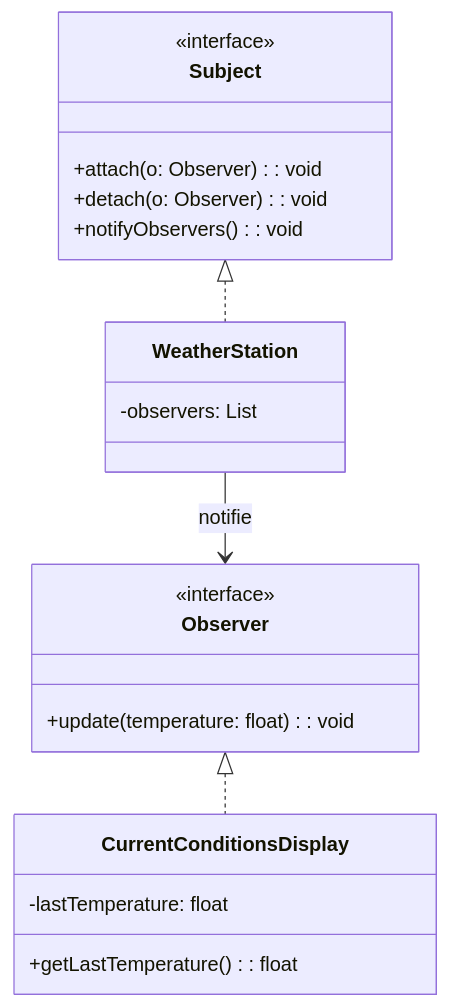
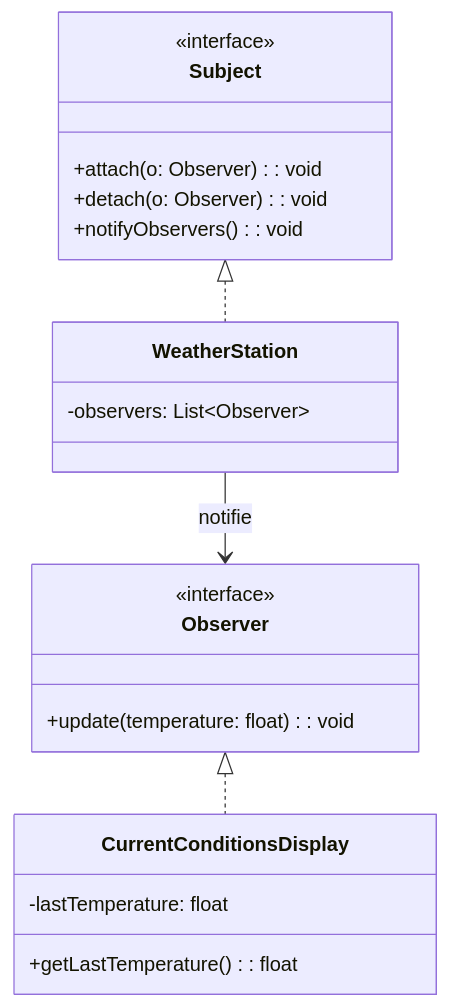
The diagram in _notes/patterns/comportement/pattern-observer.md (ophenix-maisonneuve/420-930-ma-site-web), drawn with Mermaid before and after one commit. The commit also changed 1 other file, not shown here.

Commit message:
correction mineure diagramme classes observer-composite

````diff
--- a/_notes/patterns/comportement/pattern-observer.md
+++ b/_notes/patterns/comportement/pattern-observer.md
@@ -30,23 +30,23 @@
 ```mermaid
 classDiagram
 class Subject {
   <<interface>>
   +attach(o: Observer): void
   +detach(o: Observer): void
   +notifyObservers(): void
 }
 class Observer {
   <<interface>>
   +update(temperature: float): void
 }
 class WeatherStation {
-    -observers: List<Observer>
+    -observers: List~Observer~
 }
 class CurrentConditionsDisplay {
     -lastTemperature: float
     +getLastTemperature(): float
 }
 Subject <|.. WeatherStation
 Observer <|.. CurrentConditionsDisplay
 WeatherStation --> Observer : notifie
 ```
````
